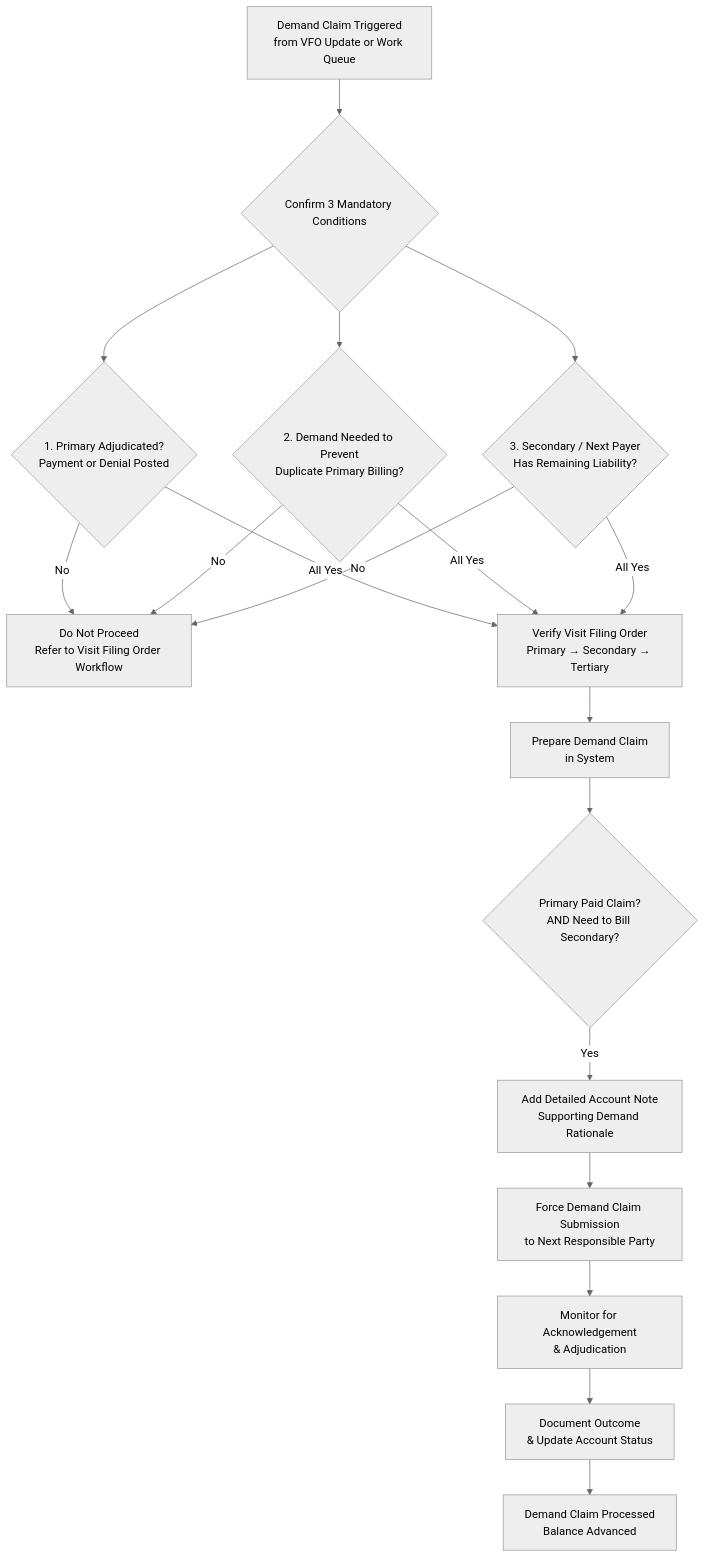
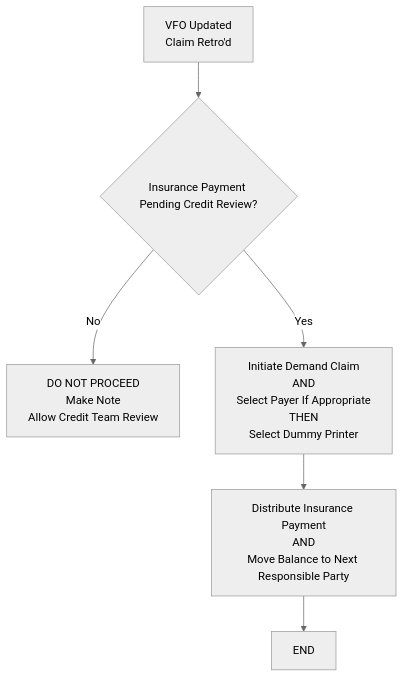
The diagram in workflows/demand-claim-workflow.md (shainemeister/revenue-cycle-sop-and-workflow-framework), drawn with Mermaid (neutral theme) before and after one commit.

Commit message:
Revise demand claim workflow visual process flow
Updated the visual process flow for the demand claim workflow to clarify decision points and flow.

````diff
--- a/workflows/demand-claim-workflow.md
+++ b/workflows/demand-claim-workflow.md
@@ -20,29 +20,14 @@
 ```mermaid
 flowchart TD
-    A[Demand Claim Triggered<br>from VFO Update or Work Queue] --> B{Confirm 3 Mandatory Conditions}
+    A[VFO Updated<br>Claim Retro'd]
 
-    B --> C{1. Primary Adjudicated?<br>Payment or Denial Posted}
-    C -->|No| End1[Do Not Proceed<br>Refer to Visit Filing Order Workflow]
+    A --> B{Insurance Payment Pending Credit Review?}
 
-    B --> D{2. Demand Needed to Prevent<br>Duplicate Primary Billing?}
-    D -->|No| End1
+    B -->|No| End1[DO NOT PROCEED<br>Make Note<br>Allow Credit Team Review]
 
-    B --> E{3. Secondary / Next Payer<br>Has Remaining Liability?}
-    E -->|No| End1
+    B -->|Yes| C[Initiate Demand Claim<br>AND<br>Select Payer If Appropriate<br>THEN<br>Select Dummy Printer]
 
-    C & D & E -->|All Yes| F[Verify Visit Filing Order<br>Primary → Secondary → Tertiary]
+    C --> D[Distribute Insurance Payment<br>AND<br>Move Balance to Next Responsible Party]
 
-    F --> G[Prepare Demand Claim<br>in System]
-
-    G --> H{Primary Paid Claim?<br>AND Need to Bill Secondary?}
-    H -->|Yes| I[Add Detailed Account Note<br>Supporting Demand Rationale]
-
-    I --> J[Force Demand Claim Submission<br>to Next Responsible Party]
-
-    J --> K[Monitor for Acknowledgement<br>& Adjudication]
-
-    K --> L[Document Outcome
-& Update Account Status]
-
-    L --> End2[Demand Claim Processed<br>Balance Advanced]
+    D --> End2[END]
 ```
````
